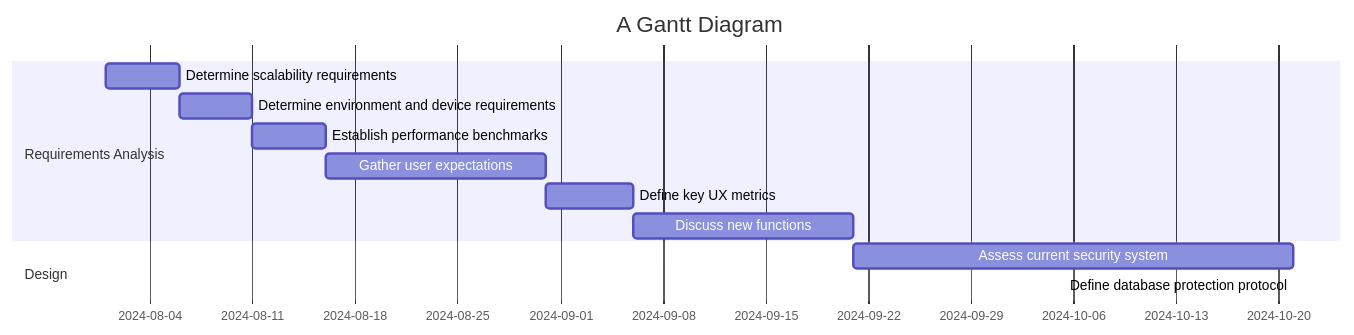
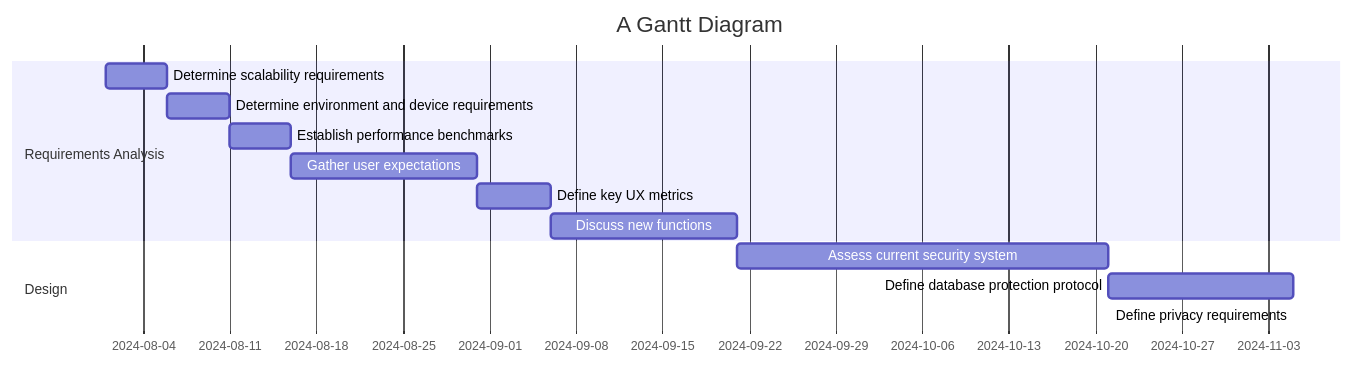
The diagram in all/Untitled.md (sayshelley/iodraw-files), drawn with Mermaid before and after one commit.

Commit message:
2024-10-04 22:39:55 update

````diff
--- a/all/Untitled.md
+++ b/all/Untitled.md
@@ -1,19 +1,20 @@
 ```mermaid
 gantt
     title A Gantt Diagram
     dateFormat  YYYY-MM-DD
     section Requirements Analysis
     Determine scalability requirements :a1, 2024-08-01, 5d
     Determine environment and device requirements :a2, after a1, 5d
     Establish performance benchmarks: a3, after a2, 5d
     Gather user expectations: a4, after a3, 15d
     Define key UX metrics : a5, after a4, 6d
     Discuss new functions: a6, after a5, 15d
     section Design
     Assess current security system:b1, after a6, 30d
-    Define database protection protocol: b2, after b1, 
+    Define database protection protocol: b2, after b1, 15d
+    Define privacy requirements: 
     
 
 
    
 ```
````
